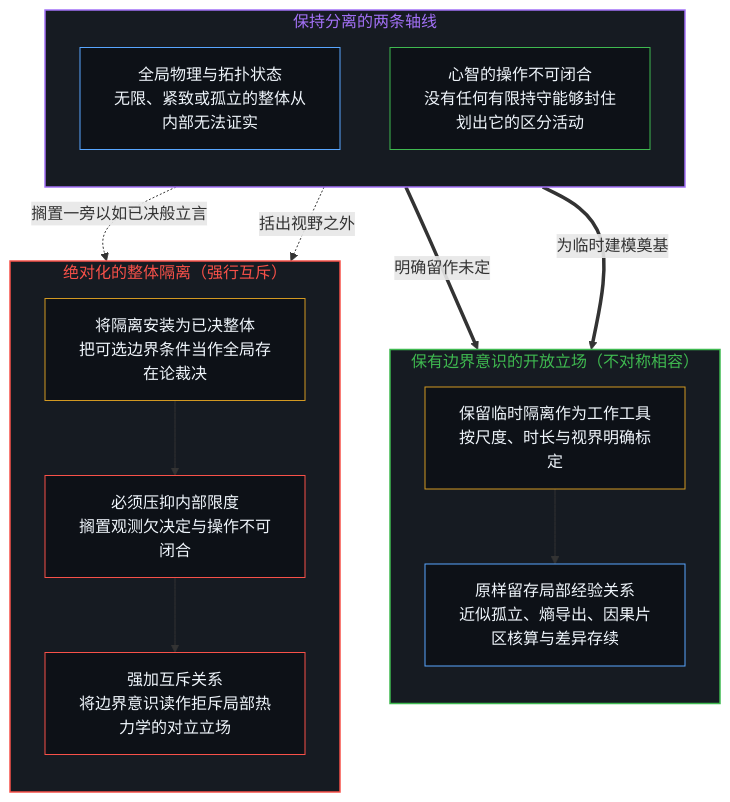
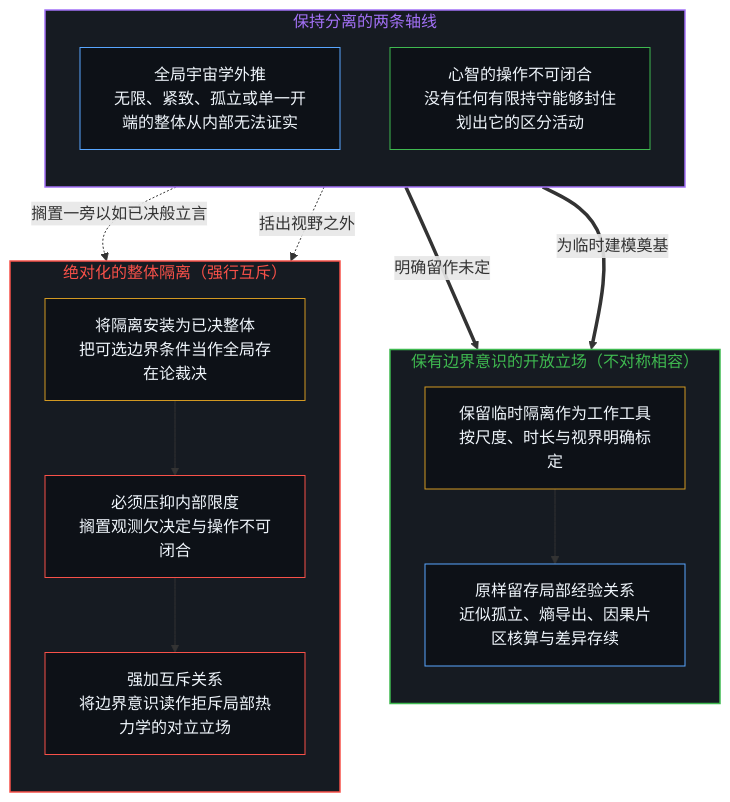
Before and after one commit to powerpig99/not-a-toe: the third of 4 diagrams in content/posts/boundary-of-the-isolation-idealization-and-the-non-closable-open.md, drawn with Mermaid. The commit also changed other lines of this file and 1 other file, not shown here.

````diff
--- a/content/posts/boundary-of-the-isolation-idealization-and-the-non-closable-open.md
+++ b/content/posts/boundary-of-the-isolation-idealization-and-the-non-closable-open.md
@@ -129,35 +129,35 @@
 ```mermaid
 flowchart TD
     subgraph S_Axes["保持分离的两条轴线"]
         direction TB
-        A_Phys["全局物理与拓扑状态<br/>无限、紧致或孤立的整体从内部无法证实"]
+        A_Phys["全局宇宙学外推<br/>无限、紧致、孤立或单一开端的整体从内部无法证实"]
         A_Op["心智的操作不可闭合<br/>没有任何有限持守能够封住划出它的区分活动"]
     end
     subgraph S_Open["保有边界意识的开放立场（不对称相容）"]
         direction TB
         O_Tool["保留临时隔离作为工作工具<br/>按尺度、时长与视界明确标定"]
         O_Local["原样留存局部经验关系<br/>近似孤立、熵导出、因果片区核算与差异存续"]
         O_Tool --> O_Local
     end
     subgraph S_Closed["绝对化的整体隔离（强行互斥）"]
         direction TB
         C_Seal["将隔离安装为已决整体<br/>把可选边界条件当作全局存在论裁决"]
         C_Drop["必须压抑内部限度<br/>搁置观测欠决定与操作不可闭合"]
         C_Impute["强加互斥关系<br/>将边界意识读作拒斥局部热力学的对立立场"]
         C_Seal --> C_Drop --> C_Impute
     end
     A_Phys ==>|"明确留作未定"| O_Tool
     A_Op ==>|"为临时建模奠基"| O_Tool
     A_Phys -.->|"搁置一旁以如已决般立言"| C_Drop
     A_Op -.->|"括出视野之外"| C_Drop
     style S_Axes fill:#161b22,stroke:#a371f7,stroke-width:1.5px,color:#a371f7
     style S_Open fill:#161b22,stroke:#3fb950,stroke-width:1.5px,color:#3fb950
     style S_Closed fill:#161b22,stroke:#f85149,stroke-width:1.5px,color:#f85149
     style A_Phys fill:#0d1117,stroke:#58a6ff,stroke-width:1px,color:#f0f6fc
     style A_Op fill:#0d1117,stroke:#3fb950,stroke-width:1px,color:#f0f6fc
     style O_Tool fill:#0d1117,stroke:#d29922,stroke-width:1px,color:#f0f6fc
     style O_Local fill:#0d1117,stroke:#58a6ff,stroke-width:1px,color:#f0f6fc
     style C_Seal fill:#0d1117,stroke:#d29922,stroke-width:1px,color:#f0f6fc
     style C_Drop fill:#0d1117,stroke:#f85149,stroke-width:1px,color:#f0f6fc
     style C_Impute fill:#0d1117,stroke:#f85149,stroke-width:1px,color:#f0f6fc
 ```
````
